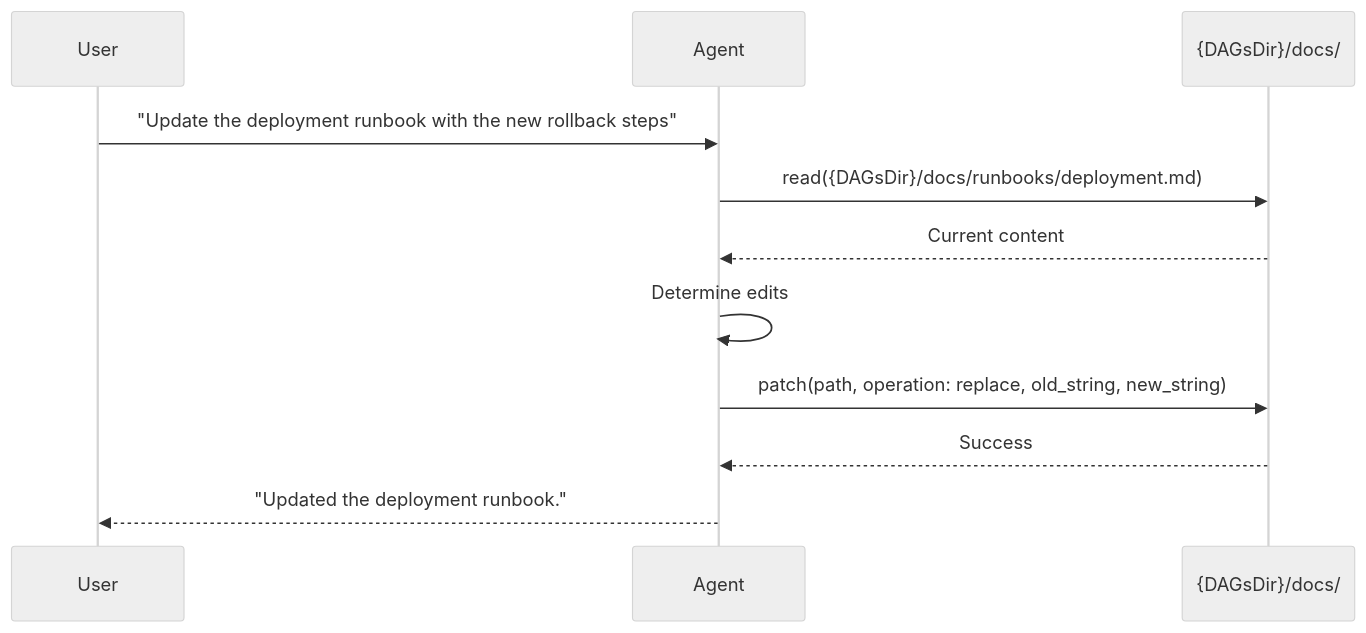
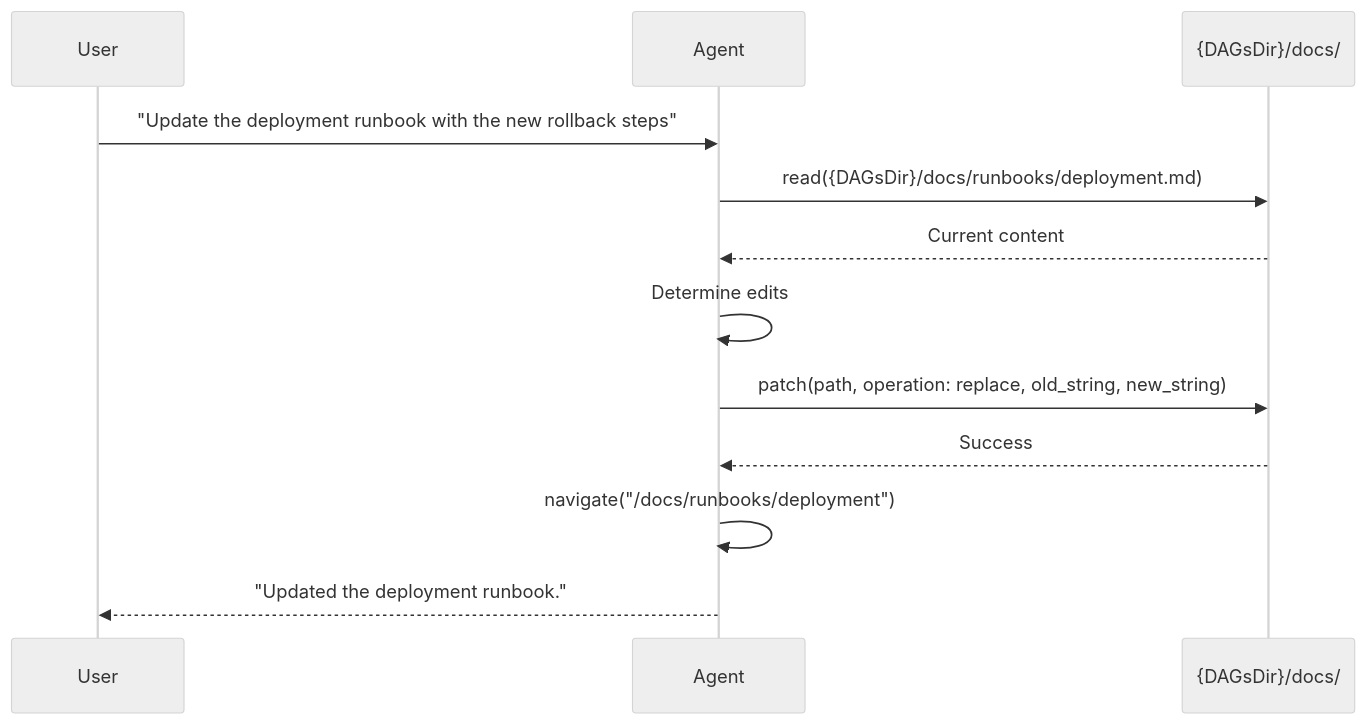
One commit to dagu-org/dagu changed the second of 5 diagrams in rfcs/draft/024-markdown-docs.md. Above: the diagram before and after it, drawn with Mermaid (neutral theme). The commit also changed other lines of this file, not shown here.

````diff
--- a/rfcs/draft/024-markdown-docs.md
+++ b/rfcs/draft/024-markdown-docs.md
@@ -174,14 +327,15 @@
 ```mermaid
 sequenceDiagram
     participant User
     participant Agent
     participant Filesystem as {DAGsDir}/docs/
 
     User->>Agent: "Update the deployment runbook with the new rollback steps"
     Agent->>Filesystem: read({DAGsDir}/docs/runbooks/deployment.md)
     Filesystem-->>Agent: Current content
     Agent->>Agent: Determine edits
     Agent->>Filesystem: patch(path, operation: replace, old_string, new_string)
     Filesystem-->>Agent: Success
+    Agent->>Agent: navigate("/docs/runbooks/deployment")
     Agent-->>User: "Updated the deployment runbook."
 ```
````
